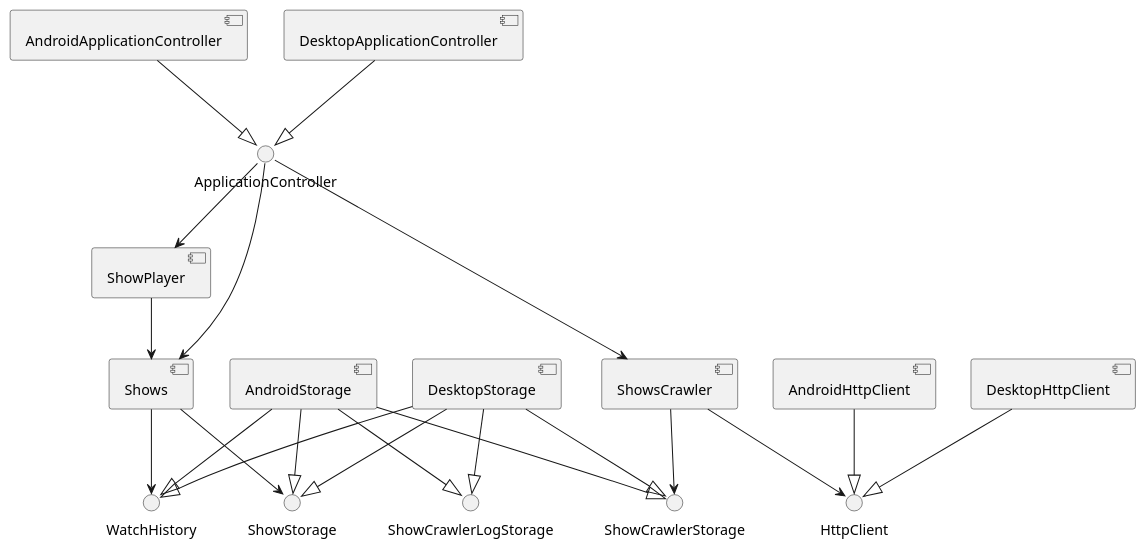
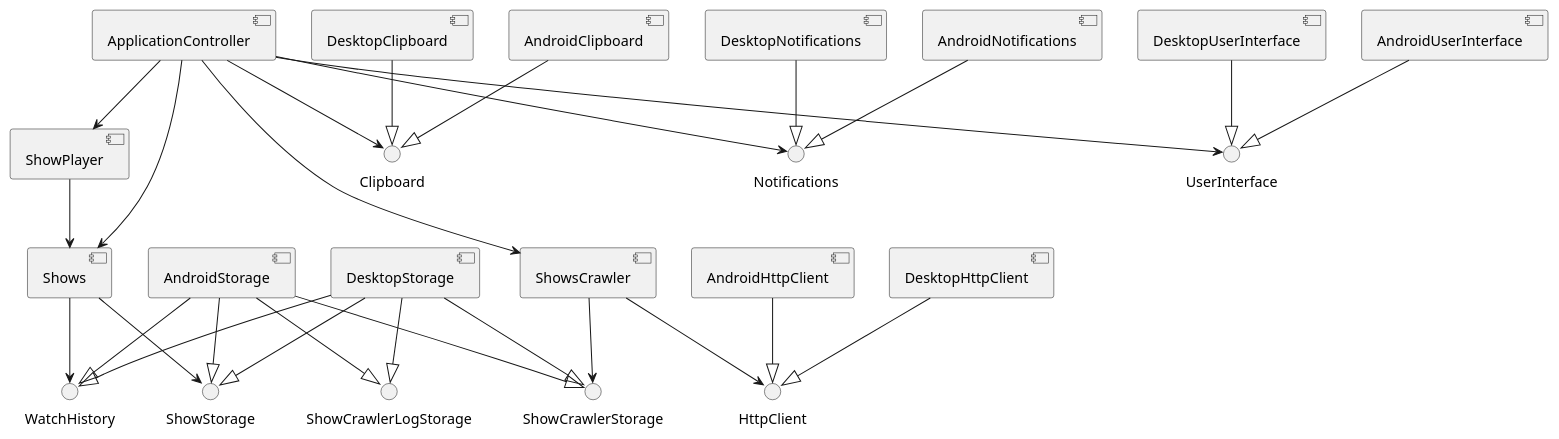
The diagram in java-modules.puml (gorolykmaxim/Serio), drawn with PlantUML before and after one commit.

Commit message:
Improve the part of architecture related to the ApplicationController
Make ApplicationController completely cross-platform:
- make Clipboard and Notifications independent platform-specific modules
outside the ApplicationController
- create abstraction between the ApplicationController and the actual
platform-specified WebView, rendering the UI: UserInterface module,
that is responsible for adapting communication between a platform-specific
WebView and the cross-platform ApplicationController

```diff
--- a/java-modules.puml
+++ b/java-modules.puml
@@ -1,28 +1,37 @@
 @startuml
 interface ShowStorage
 interface WatchHistory
 interface ShowCrawlerStorage
 interface ShowCrawlerLogStorage
 interface HttpClient
-interface ApplicationController
+interface Clipboard
+interface Notifications
+interface UserInterface
 [AndroidStorage] --|> WatchHistory
 [AndroidStorage] --|> ShowStorage
 [AndroidStorage] --|> ShowCrawlerStorage
 [AndroidStorage] --|> ShowCrawlerLogStorage
 [DesktopStorage] --|> WatchHistory
 [DesktopStorage] --|> ShowStorage
 [DesktopStorage] --|> ShowCrawlerStorage
 [DesktopStorage] --|> ShowCrawlerLogStorage
 [AndroidHttpClient] --|> HttpClient
 [DesktopHttpClient] --|> HttpClient
-[AndroidApplicationController] --|> ApplicationController
-[DesktopApplicationController] --|> ApplicationController
+[AndroidClipboard] --|> Clipboard
+[DesktopClipboard] --|> Clipboard
+[AndroidNotifications] --|> Notifications
+[DesktopNotifications] --|> Notifications
+[AndroidUserInterface] --|> UserInterface
+[DesktopUserInterface] --|> UserInterface
 [Shows] --> WatchHistory
 [Shows] --> ShowStorage
 [ShowsCrawler] --> ShowCrawlerStorage
 [ShowsCrawler] --> HttpClient
 [ShowPlayer] --> [Shows]
-ApplicationController --> [Shows]
-ApplicationController --> [ShowPlayer]
-ApplicationController --> [ShowsCrawler]
+[ApplicationController] --> [Shows]
+[ApplicationController] --> [ShowPlayer]
+[ApplicationController] --> [ShowsCrawler]
+[ApplicationController] --> Clipboard
+[ApplicationController] --> Notifications
+[ApplicationController] --> UserInterface
 @enduml
```
